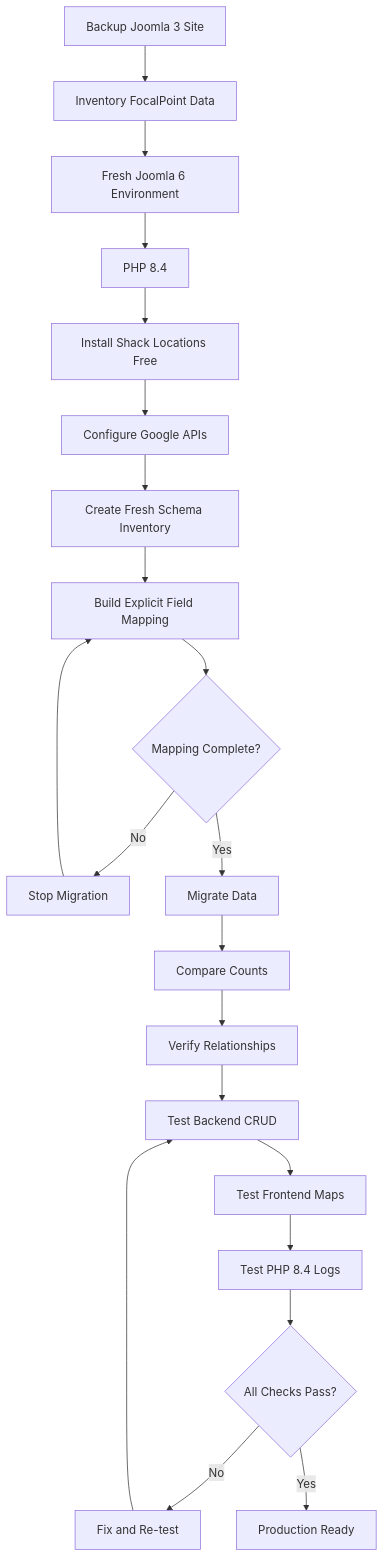
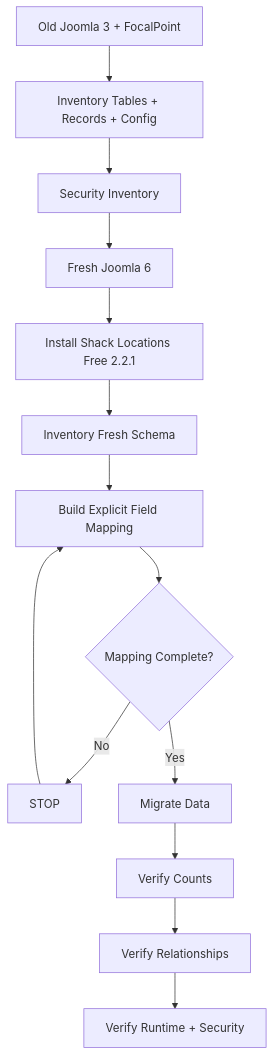
The sixth of 7 diagrams in docs/joomla/learning/3rd-extensions/shack-locations-free-2-2-1-installation-configuration-guide.md (duyduyly/php-notebook), drawn with Mermaid before and after one commit. The commit also changed other lines of this file, not shown here.

Commit message:
docs: add Shack Locations security assessment

````diff
--- a/docs/joomla/learning/3rd-extensions/shack-locations-free-2-2-1-installation-configuration-guide.md
+++ b/docs/joomla/learning/3rd-extensions/shack-locations-free-2-2-1-installation-configuration-guide.md
@@ -1025,23 +893,16 @@
 ```mermaid
 flowchart TD
-    A[Backup Joomla 3 Site] --> B[Inventory FocalPoint Data]
-    B --> C[Fresh Joomla 6 Environment]
-    C --> D[PHP 8.4]
-    D --> E[Install Shack Locations Free]
-    E --> F[Configure Google APIs]
-    F --> G[Create Fresh Schema Inventory]
-    G --> H[Build Explicit Field Mapping]
-    H --> I{Mapping Complete?}
-    I -- No --> J[Stop Migration]
-    J --> H
-    I -- Yes --> K[Migrate Data]
-    K --> L[Compare Counts]
-    L --> M[Verify Relationships]
-    M --> N[Test Backend CRUD]
-    N --> O[Test Frontend Maps]
-    O --> P[Test PHP 8.4 Logs]
-    P --> Q{All Checks Pass?}
-    Q -- No --> R[Fix and Re-test]
-    R --> N
-    Q -- Yes --> S[Production Ready]
+    A[Old Joomla 3 + FocalPoint] --> B[Inventory Tables + Records + Config]
+    B --> C[Security Inventory]
+    C --> D[Fresh Joomla 6]
+    D --> E[Install Shack Locations Free 2.2.1]
+    E --> F[Inventory Fresh Schema]
+    F --> G[Build Explicit Field Mapping]
+    G --> H{Mapping Complete?}
+    H -- No --> I[STOP]
+    I --> G
+    H -- Yes --> J[Migrate Data]
+    J --> K[Verify Counts]
+    K --> L[Verify Relationships]
+    L --> M[Verify Runtime + Security]
 ```
````
